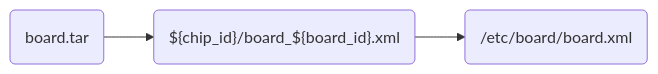
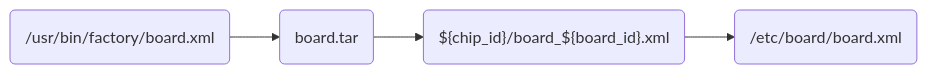
The second of 4 diagrams in Hisilicon.md (chear/SWNote), drawn with Mermaid before and after one commit. The commit also changed other lines of this file and 19 other files, not shown here.

````diff
--- a/Hisilicon.md
+++ b/Hisilicon.md
@@ -123,5 +130,6 @@
 ```mermaid
 graph LR
-B("board.tar")-->E("${chip_id}/board_${board_id}.xml")
+A("/usr/bin/factory/board.xml")-->B("board.tar")
+B-->E("${chip_id}/board_${board_id}.xml")
 E-->D("/etc/board/board.xml")
 ```
````
